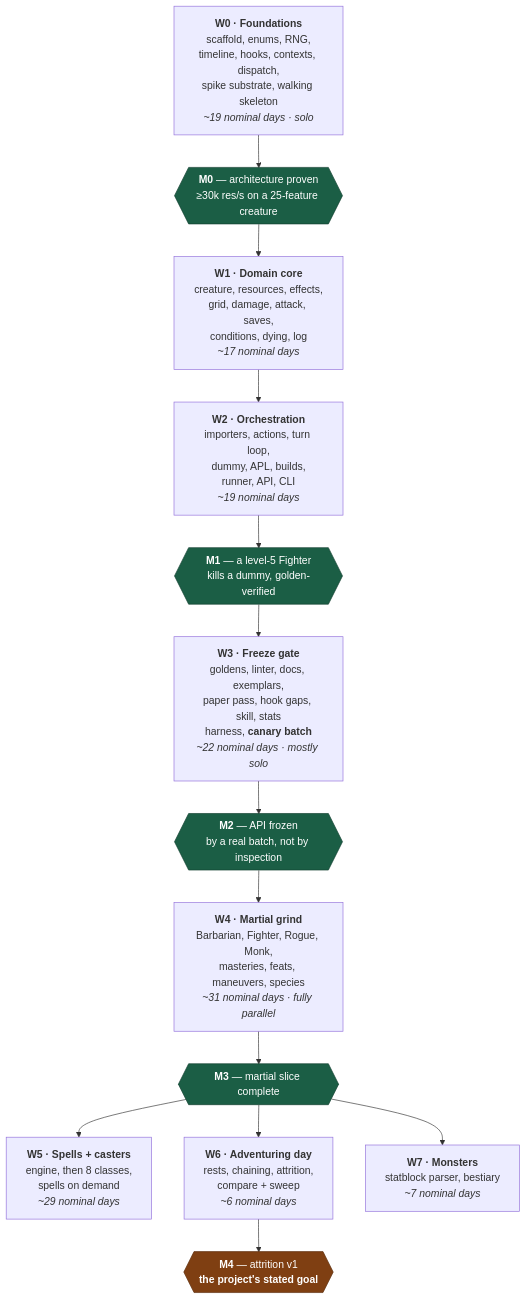
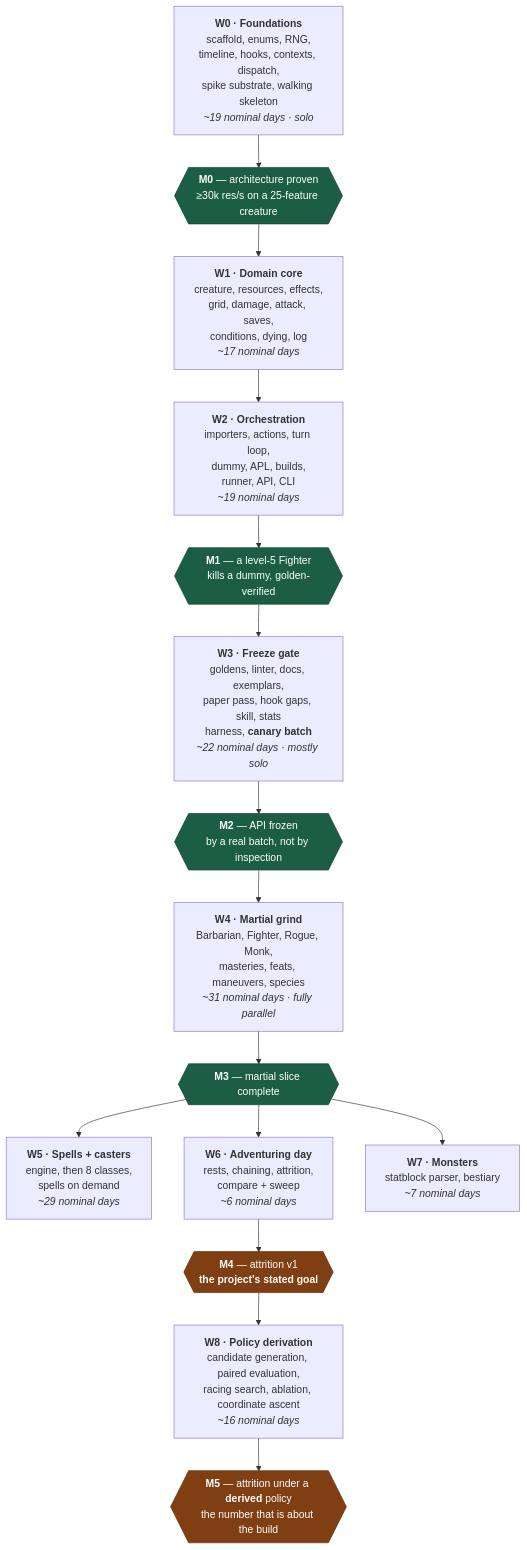
Before and after one commit to Luguza/DnD-Simulator: the diagram in ROADMAP.md, drawn with Mermaid. The commit also changed other lines of this file and 3 other files, not shown here.

````diff
--- a/ROADMAP.md
+++ b/ROADMAP.md
@@ -64,26 +72,29 @@
 ```mermaid
 flowchart TD
     W0["<b>W0 · Foundations</b><br/>scaffold, enums, RNG,<br/>timeline, hooks, contexts, dispatch,<br/>spike substrate, walking skeleton<br/><i>~19 nominal days · solo</i>"]
     M0{{"<b>M0</b> — architecture proven<br/>≥30k res/s on a 25-feature creature"}}
     W1["<b>W1 · Domain core</b><br/>creature, resources, effects,<br/>grid, damage, attack, saves,<br/>conditions, dying, log<br/><i>~17 nominal days</i>"]
     W2["<b>W2 · Orchestration</b><br/>importers, actions, turn loop,<br/>dummy, APL, builds,<br/>runner, API, CLI<br/><i>~19 nominal days</i>"]
     M1{{"<b>M1</b> — a level-5 Fighter<br/>kills a dummy, golden-verified"}}
     W3["<b>W3 · Freeze gate</b><br/>goldens, linter, docs, exemplars,<br/>paper pass, hook gaps, skill, stats<br/>harness, <b>canary batch</b><br/><i>~22 nominal days · mostly solo</i>"]
     M2{{"<b>M2</b> — API frozen<br/>by a real batch, not by inspection"}}
     W4["<b>W4 · Martial grind</b><br/>Barbarian, Fighter, Rogue, Monk,<br/>masteries, feats, maneuvers, species<br/><i>~31 nominal days · fully parallel</i>"]
     M3{{"<b>M3</b> — martial slice complete"}}
     W5["<b>W5 · Spells + casters</b><br/>engine, then 8 classes,<br/>spells on demand<br/><i>~29 nominal days</i>"]
     W6["<b>W6 · Adventuring day</b><br/>rests, chaining, attrition,<br/>compare + sweep<br/><i>~6 nominal days</i>"]
     M4{{"<b>M4</b> — attrition v1<br/><b>the project's stated goal</b>"}}
     W7["<b>W7 · Monsters</b><br/>statblock parser, bestiary<br/><i>~7 nominal days</i>"]
+    W8["<b>W8 · Policy derivation</b><br/>candidate generation, paired evaluation,<br/>racing search, ablation, coordinate ascent<br/><i>~16 nominal days</i>"]
+    M5{{"<b>M5</b> — attrition under a <b>derived</b> policy<br/>the number that is about the build"}}
 
     W0 --> M0 --> W1 --> W2 --> M1 --> W3 --> M2 --> W4 --> M3
     M3 --> W5
     M3 --> W6 --> M4
     M3 --> W7
+    M4 --> W8 --> M5
 
     classDef gate fill:#1b5e45,stroke:#123f2f,color:#ffffff;
     classDef goal fill:#7f3f12,stroke:#5c2d0d,color:#ffffff;
     class M0,M1,M2,M3 gate;
-    class M4 goal;
+    class M4,M5 goal;
 ```
````
